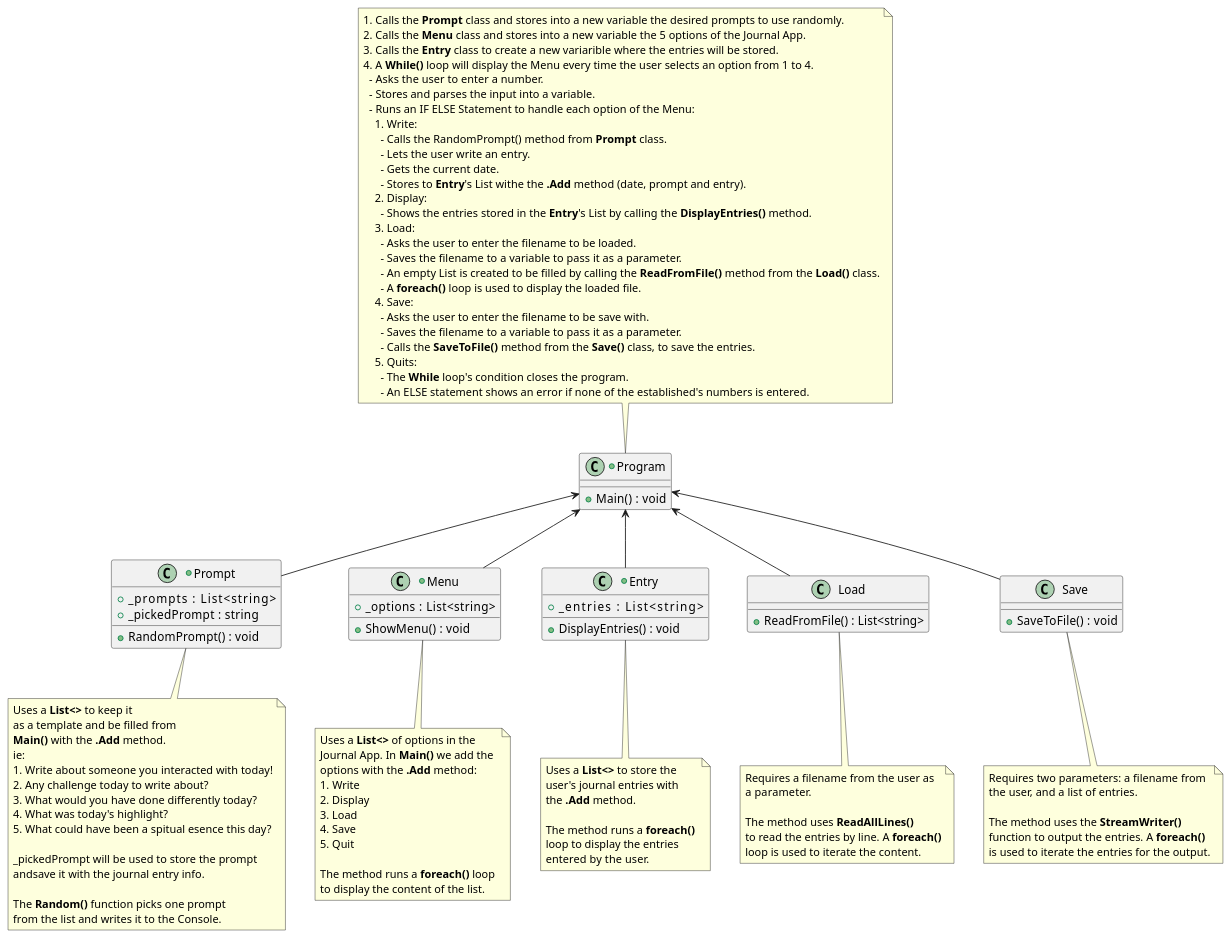
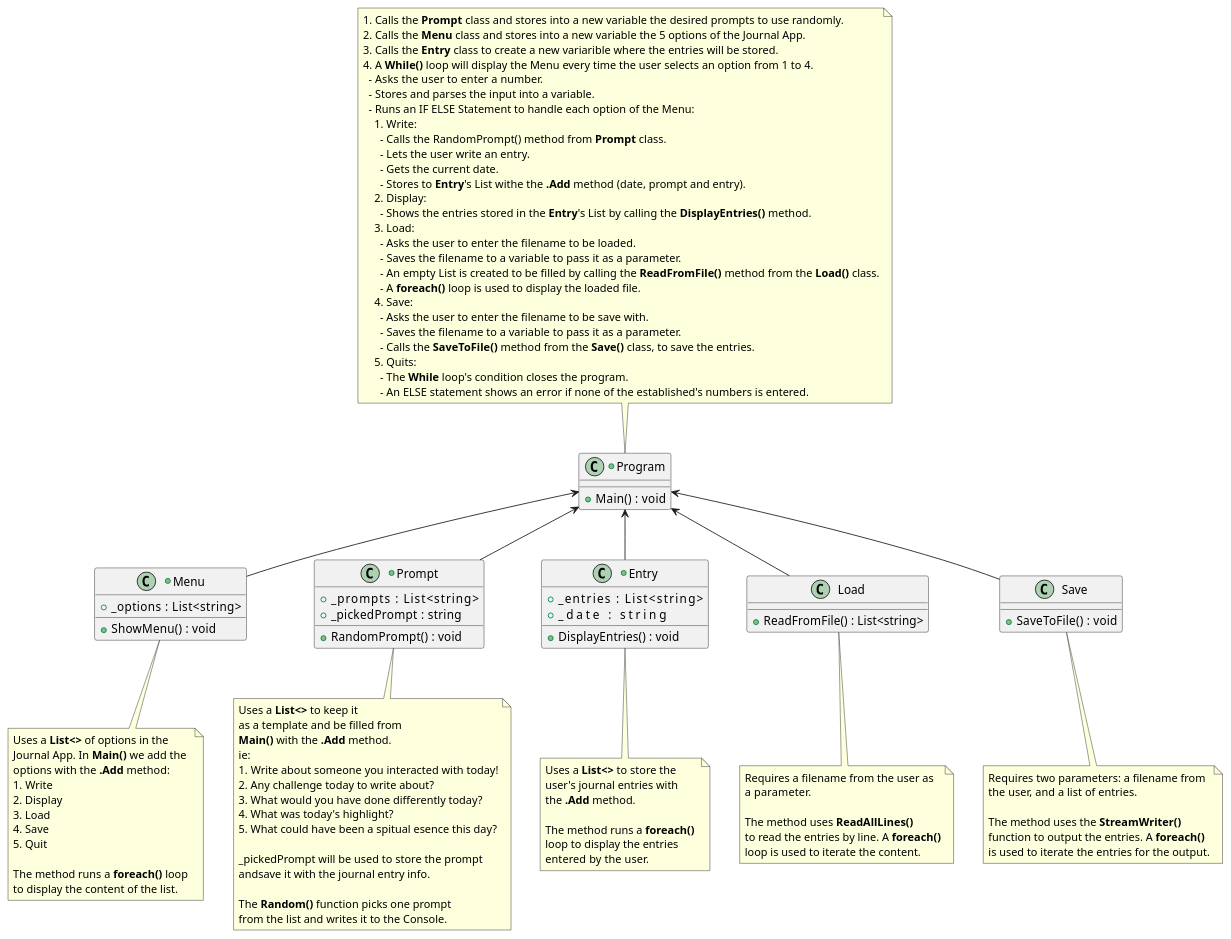
Before and after one commit to moiseshn/cse210: the diagram in prove/Develop02/Diagram.plantuml, drawn with PlantUML. The commit also changed 12 other files, not shown here.

```diff
--- a/prove/Develop02/Diagram.plantuml
+++ b/prove/Develop02/Diagram.plantuml
@@ -1,121 +1,123 @@
 @startuml Journal App
 
 +class Program {
   + Main()  : void
 }
 
 note top of Program
   1. Calls the <b>Prompt</b> class and stores into a new variable the desired prompts to use randomly.
   2. Calls the <b>Menu</b> class and stores into a new variable the 5 options of the Journal App.
   3. Calls the <b>Entry</b> class to create a new variarible where the entries will be stored.
   4. A <b>While()</b> loop will display the Menu every time the user selects an option from 1 to 4.
     - Asks the user to enter a number.
     - Stores and parses the input into a variable.
     - Runs an IF ELSE Statement to handle each option of the Menu:
       1. Write:
         - Calls the RandomPrompt() method from <b>Prompt</b> class.
         - Lets the user write an entry.
         - Gets the current date.
         - Stores to <b>Entry</b>'s List withe the <b>.Add</b> method (date, prompt and entry).
       2. Display:
         - Shows the entries stored in the <b>Entry</b>'s List by calling the <b>DisplayEntries()</b> method.
       3. Load:
         - Asks the user to enter the filename to be loaded.
         - Saves the filename to a variable to pass it as a parameter.
         - An empty List is created to be filled by calling the <b>ReadFromFile()</b> method from the <b>Load()</b> class.
         - A <b>foreach()</b> loop is used to display the loaded file.
       4. Save:
         - Asks the user to enter the filename to be save with.
         - Saves the filename to a variable to pass it as a parameter.
         - Calls the <b>SaveToFile()</b> method from the <b>Save()</b> class, to save the entries.
       5. Quits:
         - The <b>While</b> loop's condition closes the program.
         - An ELSE statement shows an error if none of the established's numbers is entered.
 end note
 
+
++class Menu {
+  + _options    : List<string>
+  + ShowMenu()  : void
+}
+note bottom of Menu
+  Uses a <b>List<></b> of options in the 
+  Journal App. In <b>Main()</b> we add the 
+  options with the <b>.Add</b> method:
+  1. Write
+  2. Display
+  3. Load
+  4. Save
+  5. Quit
+  
+  The method runs a <b>foreach()</b> loop 
+  to display the content of the list.
+end note
+
 +class Prompt {
   + _prompts        : List<string>
   + _pickedPrompt   : string
   + RandomPrompt()  : void
 }
 note bottom of Prompt
   Uses a <b>List<></b> to keep it 
   as a template and be filled from 
   <b>Main()</b> with the <b>.Add</b> method.
   ie:
   1. Write about someone you interacted with today!
   2. Any challenge today to write about?
   3. What would you have done differently today?
   4. What was today's highlight?
   5. What could have been a spitual esence this day?
 
   _pickedPrompt will be used to store the prompt
   andsave it with the journal entry info.
 
   The <b>Random()</b> function picks one prompt 
   from the list and writes it to the Console.
 end note
 
-+class Menu {
-  + _options    : List<string>
-  + ShowMenu()  : void
-}
-note bottom of Menu
-  Uses a <b>List<></b> of options in the 
-  Journal App. In <b>Main()</b> we add the 
-  options with the <b>.Add</b> method:
-  1. Write
-  2. Display
-  3. Load
-  4. Save
-  5. Quit
-  
-  The method runs a <b>foreach()</b> loop 
-  to display the content of the list.
-end note
-
 +class Entry {
   + _entries          : List<string>
+  + _date             : string
   + DisplayEntries()  : void
 }
 note bottom of Entry
   Uses a <b>List<></b> to store the 
   user's journal entries with 
   the <b>.Add</b> method.
   
   The method runs a <b>foreach()</b> 
   loop to display the entries 
   entered by the user.
 end note
 
 class Load {
   + ReadFromFile()  : List<string>
 }
 note bottom of Load
   Requires a filename from the user as
   a parameter.
   
   The method uses <b>ReadAllLines()</b> 
   to read the entries by line. A <b>foreach()</b>
   loop is used to iterate the content.
 end note
 
 class Save {
   + SaveToFile()  : void
 }
 note bottom of Save
   Requires two parameters: a filename from 
   the user, and a list of entries.
   
   The method uses the <b>StreamWriter()</b> 
   function to output the entries. A <b>foreach()</b> 
   is used to iterate the entries for the output.
 end note
 
+Program <-- Menu
 Program <-- Prompt
-Program <-- Menu
 Program <-- Entry
 Program <-- Save
 Program <-- Load
 
 @enduml
```
